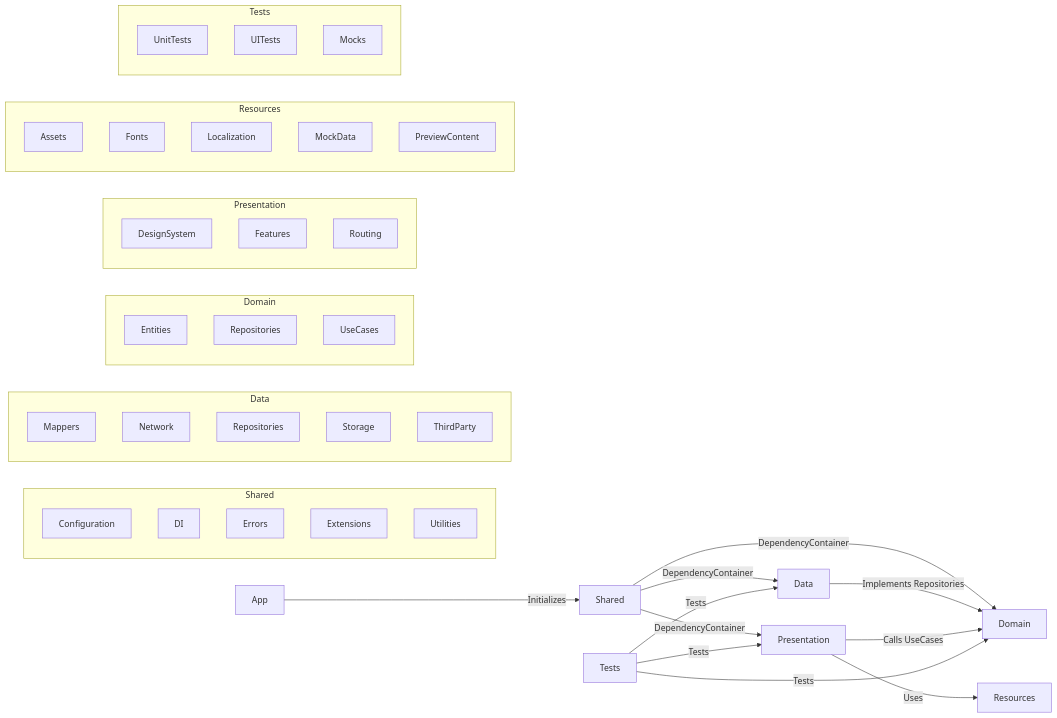
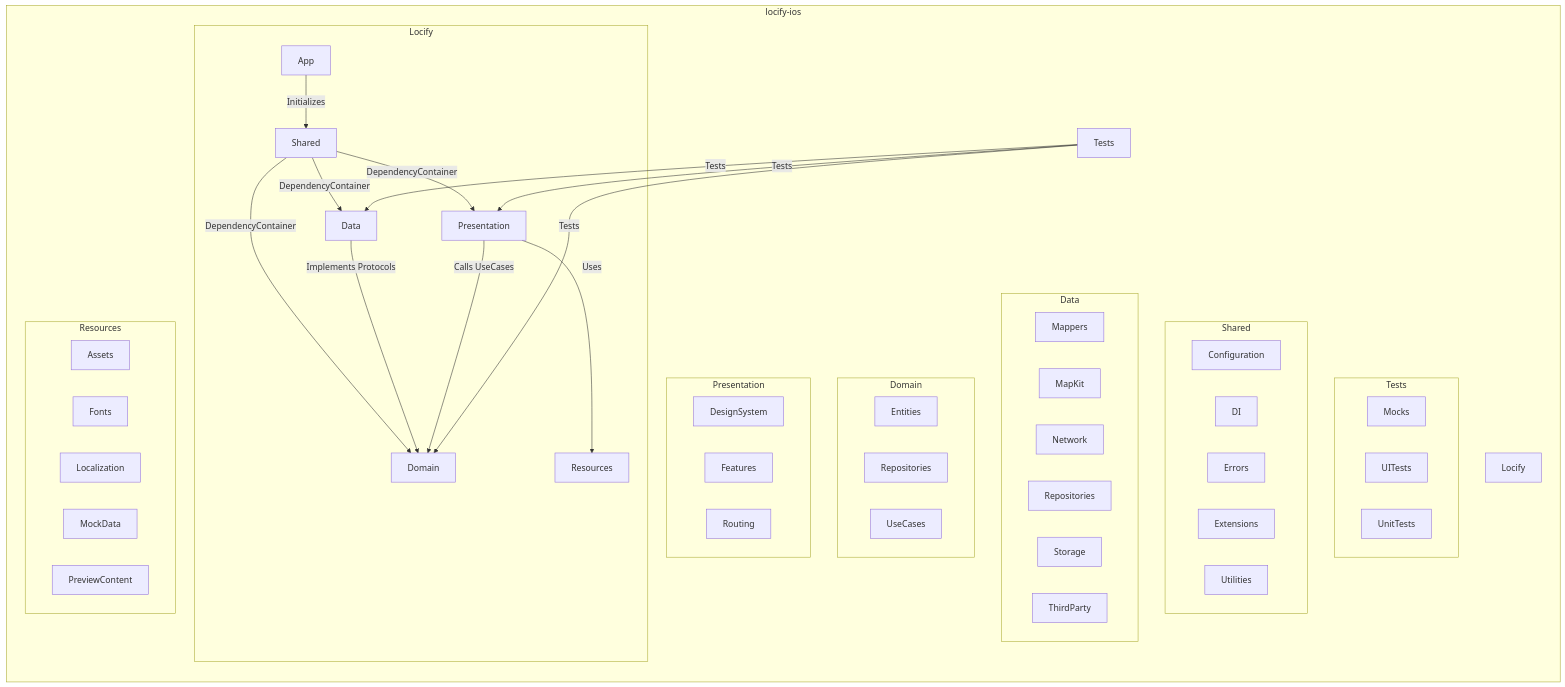
The diagram in locify-ios/README.md (lhhiep2204/Locify), drawn with Mermaid before and after one commit. The commit also changed other lines of this file, not shown here.

````diff
--- a/locify-ios/README.md
+++ b/locify-ios/README.md
@@ -152,49 +203,62 @@
 ```mermaid
 graph LR
     A[App] -->|Initializes| B[Shared]
     B -->|DependencyContainer| C[Domain]
     B -->|DependencyContainer| D[Data]
     B -->|DependencyContainer| E[Presentation]
-    D -->|Implements Repositories| C
+    D -->|Implements Protocols| C
     E -->|Calls UseCases| C
     E -->|Uses| F[Resources]
     G[Tests] -->|Tests| C
     G -->|Tests| D
     G -->|Tests| E
-    subgraph Shared
-        B1[Configuration]
-        B2[DI]
-        B3[Errors]
-        B4[Extensions]
-        B5[Utilities]
-    end
-    subgraph Data
-        D1[Mappers]
-        D2[Network]
-        D3[Repositories]
-        D4[Storage]
-        D5[ThirdParty]
-    end
-    subgraph Domain
-        C1[Entities]
-        C2[Repositories]
-        C3[UseCases]
-    end
-    subgraph Presentation
-        E1[DesignSystem]
-        E2[Features]
-        E3[Routing]
-    end
-    subgraph Resources
-        F1[Assets]
-        F2[Fonts]
-        F3[Localization]
-        F4[MockData]
-        F5[PreviewContent]
-    end
-    subgraph Tests
-        G1[UnitTests]
-        G2[UITests]
-        G3[Mocks]
+    subgraph locify-ios
+        H[Locify]
+        G[Tests]
+        subgraph Locify
+            A
+            B
+            C
+            D
+            E
+            F
+        end
+        subgraph Tests
+            G1[Mocks]
+            G2[UITests]
+            G3[UnitTests]
+        end
+        subgraph Shared
+            B1[Configuration]
+            B2[DI]
+            B3[Errors]
+            B4[Extensions]
+            B5[Utilities]
+        end
+        subgraph Data
+            D1[Mappers]
+            D2[MapKit]
+            D3[Network]
+            D4[Repositories]
+            D5[Storage]
+            D6[ThirdParty]
+        end
+        subgraph Domain
+            C1[Entities]
+            C2[Repositories]
+            C3[UseCases]
+        end
+        subgraph Presentation
+            E1[DesignSystem]
+            E2[Features]
+            E3[Routing]
+        end
+        subgraph Resources
+            F1[Assets]
+            F2[Fonts]
+            F3[Localization]
+            F4[MockData]
+            F5[PreviewContent]
+        end
     end
 ```
````
